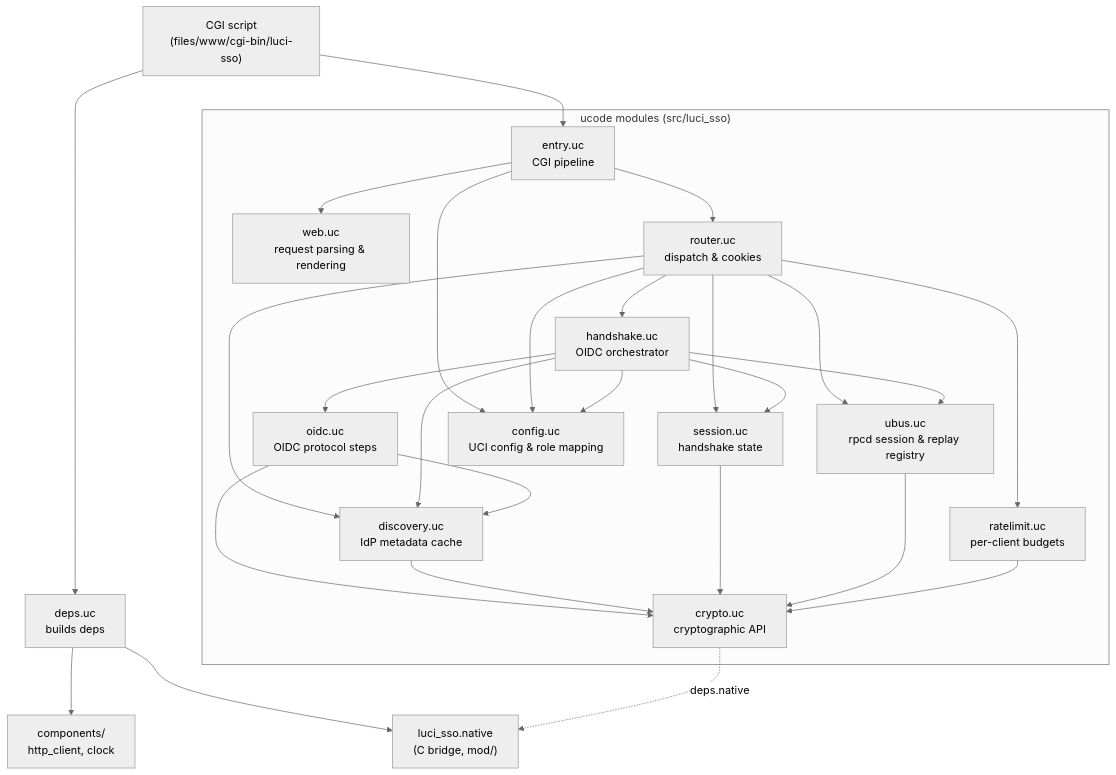
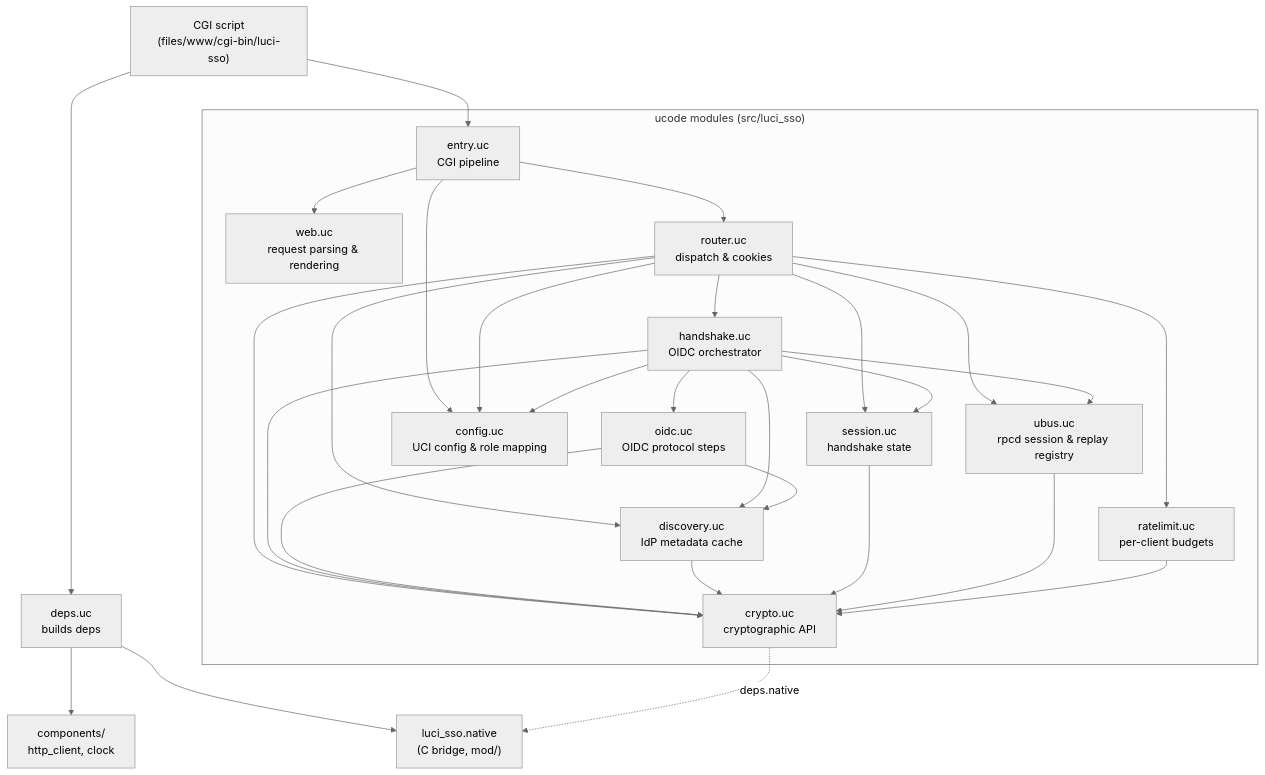
Before and after one commit to m00qek/luci-sso: the first of 2 diagrams in docs/explanation/architecture.md, drawn with Mermaid (neutral theme). The commit also changed 43 other files, not shown here.

````diff
--- a/docs/explanation/architecture.md
+++ b/docs/explanation/architecture.md
@@ -41,48 +41,50 @@
 ```mermaid
 graph TD
     CGI["CGI script<br/>(files/www/cgi-bin/luci-sso)"]
     deps["deps.uc<br/>builds deps"]
 
     subgraph core["ucode modules (src/luci_sso)"]
         entry["entry.uc<br/>CGI pipeline"]
         web["web.uc<br/>request parsing &amp; rendering"]
         router["router.uc<br/>dispatch &amp; cookies"]
         ratelimit["ratelimit.uc<br/>per-client budgets"]
         handshake["handshake.uc<br/>OIDC orchestrator"]
         oidc["oidc.uc<br/>OIDC protocol steps"]
         discovery["discovery.uc<br/>IdP metadata cache"]
         session["session.uc<br/>handshake state"]
         ubus["ubus.uc<br/>rpcd session &amp; replay registry"]
         config["config.uc<br/>UCI config &amp; role mapping"]
         crypto["crypto.uc<br/>cryptographic API"]
     end
 
     components["components/<br/>http_client, clock"]
     native["luci_sso.native<br/>(C bridge, mod/)"]
 
     CGI --> deps
     CGI --> entry
     deps --> components
     deps --> native
     entry --> web
     entry --> config
     entry --> router
     router --> ratelimit
     router --> handshake
     router --> session
     router --> ubus
     router --> discovery
     router --> config
+    router --> crypto
     handshake --> oidc
     handshake --> discovery
     handshake --> session
     handshake --> ubus
     handshake --> config
+    handshake --> crypto
     oidc --> discovery
     oidc --> crypto
     discovery --> crypto
     session --> crypto
     ubus --> crypto
     ratelimit --> crypto
     crypto -.->|"deps.native"| native
 ```
````
